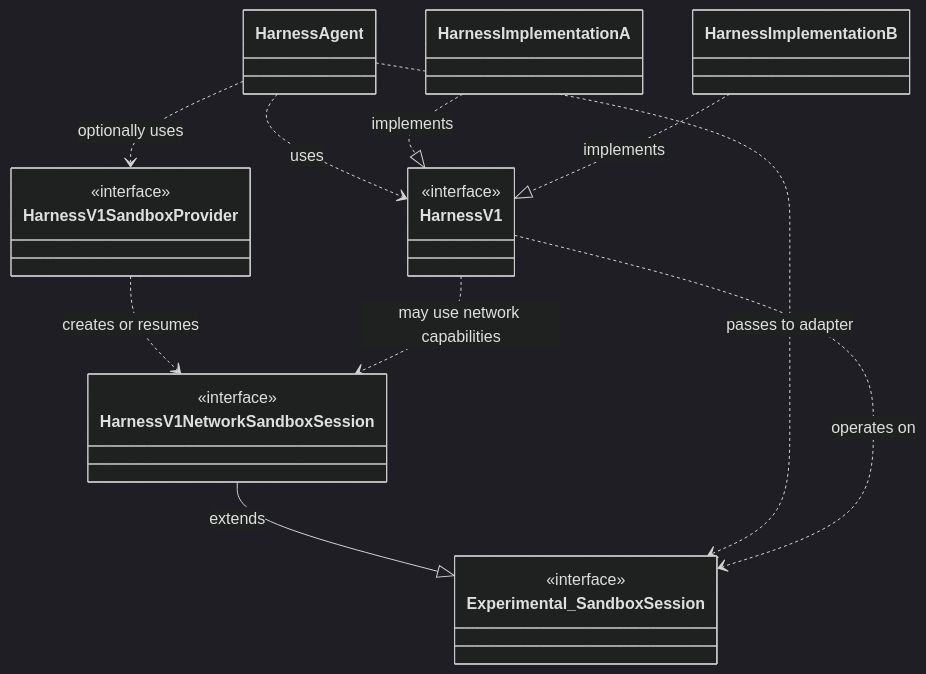
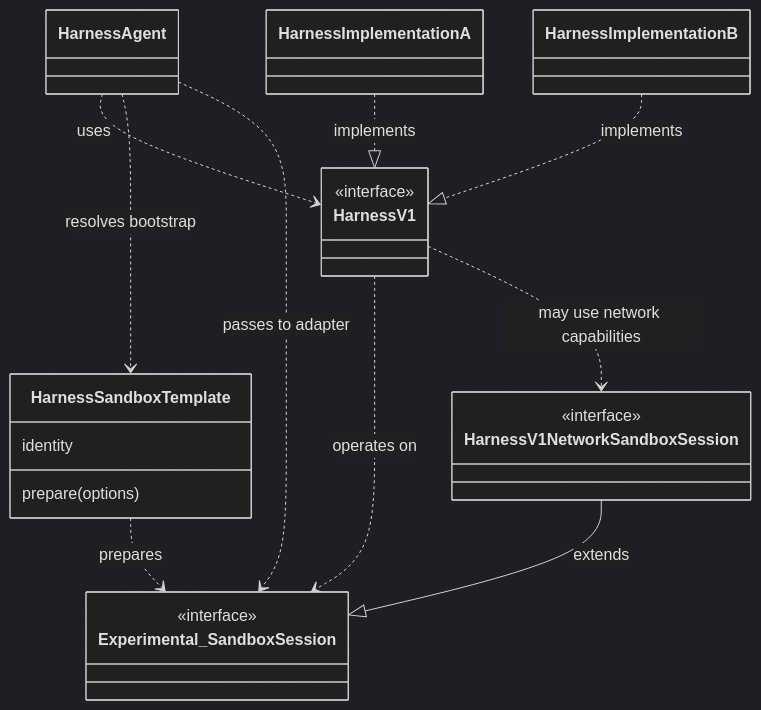
One commit to Jamaal224/VERCEL-AI-Agent changed the first of 4 diagrams in architecture/harness-abstraction.md. Above: the diagram before and after it, drawn with Mermaid (dark theme). The commit also changed other lines of this file and 654 other files, not shown here.

First line of the commit message:
feat(harness): refactor sandbox APIs for cleaner separation of concerns from harness layer, more intuitive DX regardless of how your sandbox is configured, and streamlined handling of sandbox templates/snapshots (#21497)

````diff
--- a/architecture/harness-abstraction.md
+++ b/architecture/harness-abstraction.md
@@ -14,28 +14,29 @@
 ```mermaid
 classDiagram
     class HarnessAgent
     class HarnessV1 {
       <<interface>>
     }
-    class HarnessV1SandboxProvider {
-      <<interface>>
+    class HarnessSandboxTemplate {
+      identity
+      prepare(options)
     }
     class HarnessV1NetworkSandboxSession {
       <<interface>>
     }
     class Experimental_SandboxSession {
       <<interface>>
     }
     class HarnessImplementationA
     class HarnessImplementationB
 
     HarnessAgent ..> HarnessV1 : uses
-    HarnessAgent ..> HarnessV1SandboxProvider : optionally uses
-    HarnessV1SandboxProvider ..> HarnessV1NetworkSandboxSession : creates or resumes
+    HarnessAgent ..> HarnessSandboxTemplate : resolves bootstrap
+    HarnessSandboxTemplate ..> Experimental_SandboxSession : prepares
     HarnessV1NetworkSandboxSession --|> Experimental_SandboxSession : extends
     HarnessAgent ..> Experimental_SandboxSession : passes to adapter
     HarnessV1 ..> Experimental_SandboxSession : operates on
     HarnessV1 ..> HarnessV1NetworkSandboxSession : may use network capabilities
     HarnessImplementationA ..|> HarnessV1 : implements
     HarnessImplementationB ..|> HarnessV1 : implements
 ```
````
